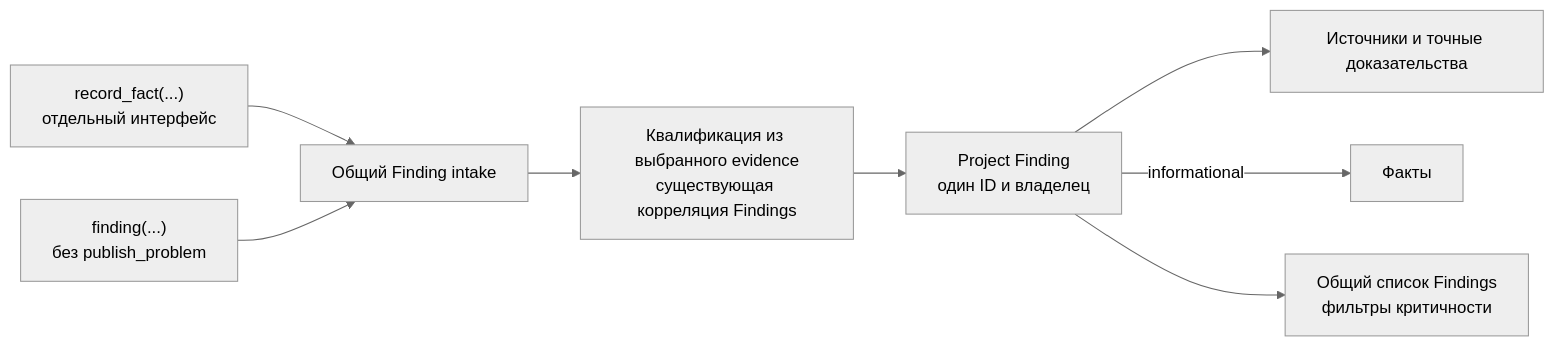
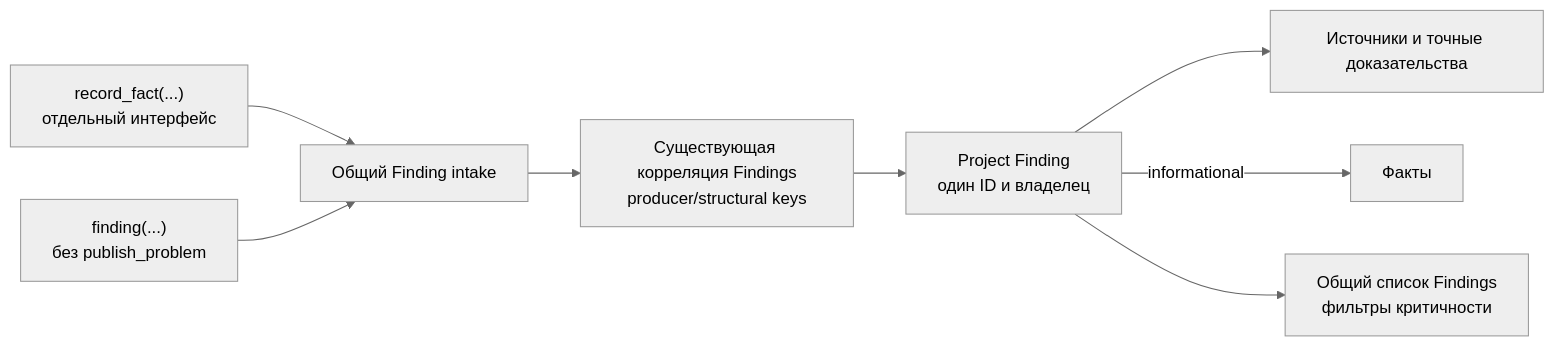
Before and after one commit to grauwolf32/contractor: the second of 6 diagrams in docs/proposals/0055-project-facts-through-findings.md, drawn with Mermaid (neutral theme). The commit also changed other lines of this file and 8 other files, not shown here.

````diff
--- a/docs/proposals/0055-project-facts-through-findings.md
+++ b/docs/proposals/0055-project-facts-through-findings.md
@@ -86,10 +85,10 @@
 ```mermaid
 flowchart LR
     A["record_fact(...)<br/>отдельный интерфейс"] --> I["Общий Finding intake"]
     B["finding(...)<br/>без publish_problem"] --> I
-    I --> K["Квалификация из выбранного evidence<br/>существующая корреляция Findings"]
+    I --> K["Существующая корреляция Findings<br/>producer/structural keys"]
     K --> C["Project Finding<br/>один ID и владелец"]
     C --> D["Источники и точные доказательства"]
     C -->|"informational"| F["Факты"]
     C --> G["Общий список Findings<br/>фильтры критичности"]
 ```
````
